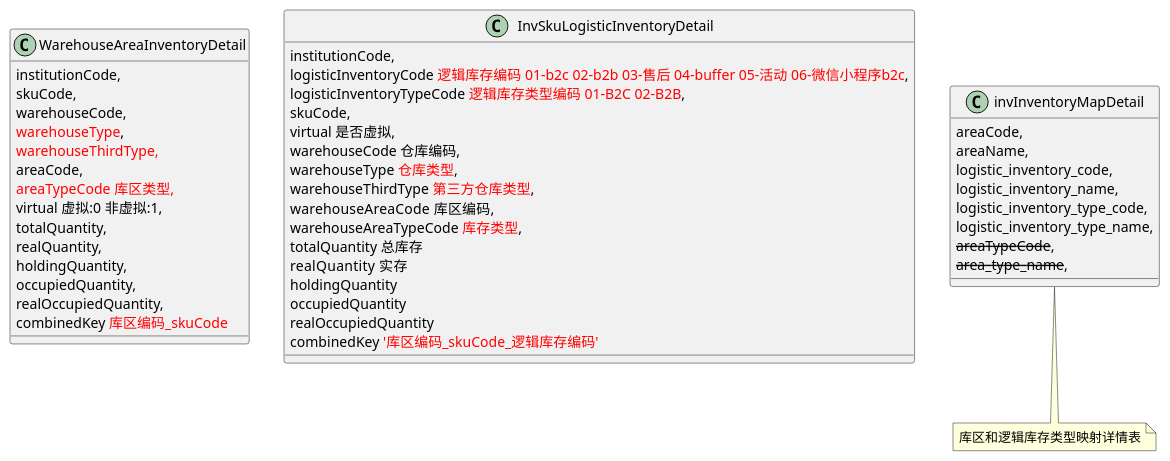
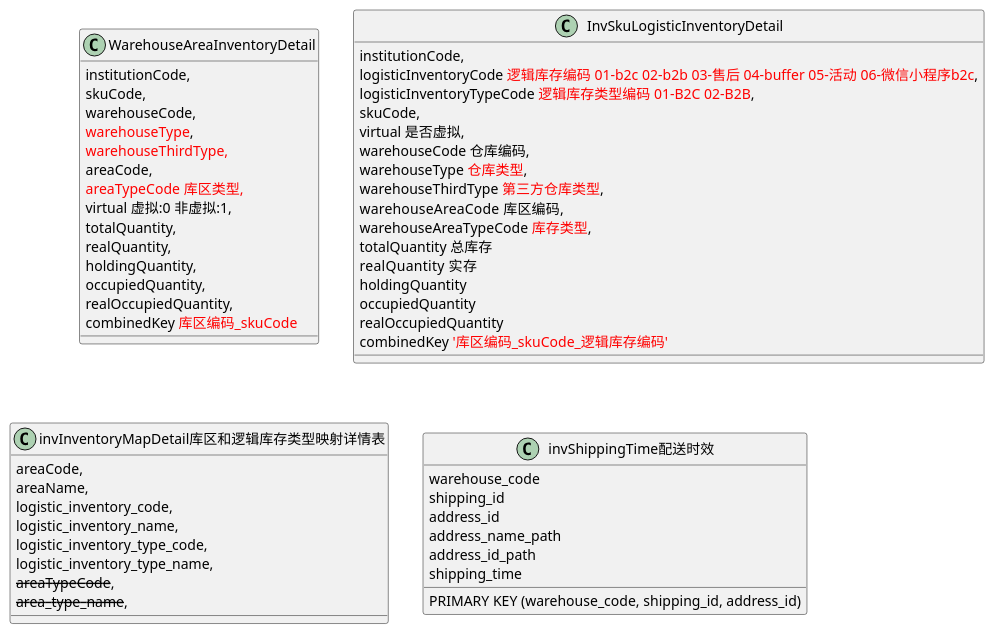
One commit to newbigTech/myDesignPattern changed the diagram in uml/inventory/InventoryDetail.puml. Above: the diagram before and after it, drawn with PlantUML. The commit also changed 1 other file, not shown here.

```diff
--- a/uml/inventory/InventoryDetail.puml
+++ b/uml/inventory/InventoryDetail.puml
@@ -1,54 +1,60 @@
 @startuml
 class WarehouseAreaInventoryDetail {
     institutionCode,
     skuCode,
     warehouseCode,
     <font color=red>warehouseType</font>,
     <font color=red>warehouseThirdType<font color=red>,
     areaCode,
     <font color=red>areaTypeCode 库区类型,
     virtual 虚拟:0 非虚拟:1,
     totalQuantity,
     realQuantity,
     holdingQuantity,
     occupiedQuantity,
     realOccupiedQuantity,
     combinedKey <font color=red>库区编码_skuCode<font color=red>
 }
 
 class InvSkuLogisticInventoryDetail {
     institutionCode,
     logisticInventoryCode <font color=red>逻辑库存编码 01-b2c 02-b2b 03-售后 04-buffer 05-活动 06-微信小程序b2c</font>,
     logisticInventoryTypeCode <font color=red>逻辑库存类型编码 01-B2C 02-B2B</font>,
     skuCode,
     virtual 是否虚拟,
     warehouseCode 仓库编码,
     warehouseType <font color=red>仓库类型</font>,
     warehouseThirdType <font color=red>第三方仓库类型</font>,
     warehouseAreaCode  库区编码,
     warehouseAreaTypeCode <font color=red>库存类型</font>,
     totalQuantity 总库存
     realQuantity  实存
     holdingQuantity
     occupiedQuantity
     realOccupiedQuantity
     combinedKey <font color=red>'库区编码_skuCode_逻辑库存编码'</font>
 }
 
-
-class invInventoryMapDetail{
+class invInventoryMapDetail库区和逻辑库存类型映射详情表{
     areaCode,
     areaName,
     logistic_inventory_code,
     logistic_inventory_name,
     logistic_inventory_type_code,
     logistic_inventory_type_name,
     --areaTypeCode--,
     --area_type_name--,
 }
 
-note bottom of invInventoryMapDetail
-库区和逻辑库存类型映射详情表
-end note
+class invShippingTime配送时效{
+    warehouse_code
+    shipping_id
+    address_id
+    address_name_path
+    address_id_path
+    shipping_time
+    PRIMARY KEY (warehouse_code, shipping_id, address_id)
+}
+
 
 @enduml
```
